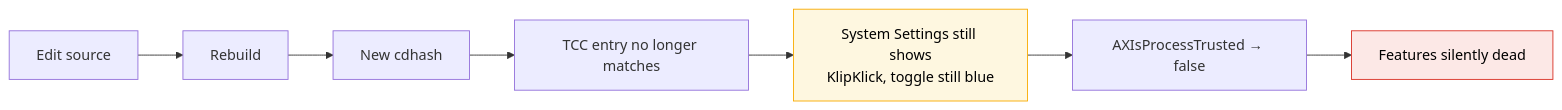
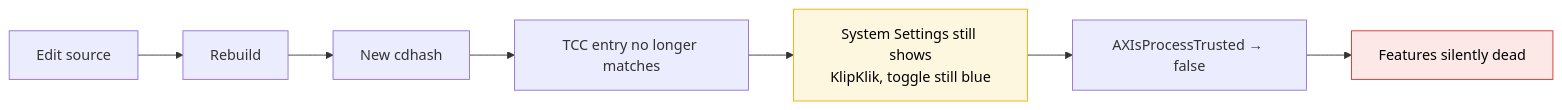
Before and after one commit to d-sanoj/KlipKlik: the first of 2 diagrams in analysis/05-permissions.md, drawn with Mermaid. The commit also changed other lines of this file and 95 other files, not shown here.

First line of the commit message:
Spell the app KlipKlik everywhere

````diff
--- a/analysis/05-permissions.md
+++ b/analysis/05-permissions.md
@@ -30,12 +30,12 @@
 ```mermaid
 flowchart LR
     A[Edit source] --> B[Rebuild]
     B --> C[New cdhash]
     C --> D[TCC entry no longer matches]
-    D --> E["System Settings still shows<br/>KlipKlick, toggle still blue"]
+    D --> E["System Settings still shows<br/>KlipKlik, toggle still blue"]
     E --> F["AXIsProcessTrusted → false"]
     F --> G["Features silently dead"]
 
     style E fill:#fef7e0,stroke:#f9ab00,color:#000
     style G fill:#fce8e6,stroke:#d93025,color:#000
 ```
````
